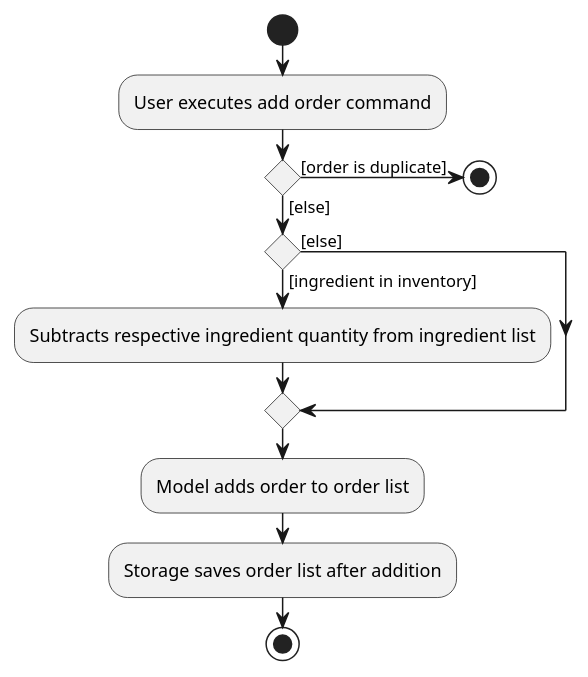
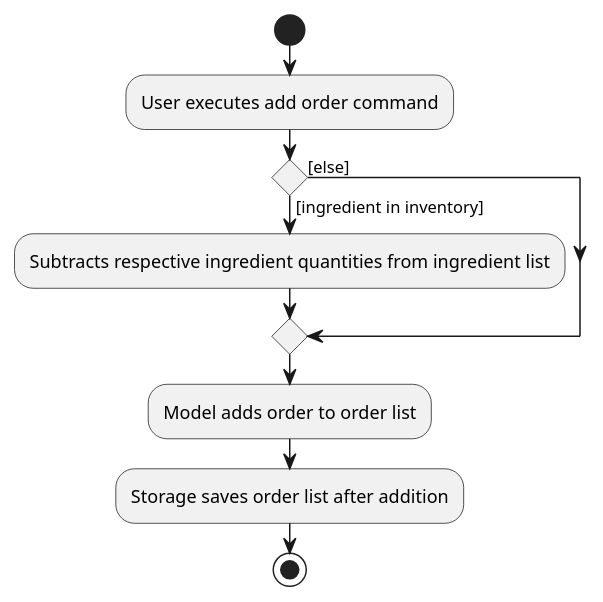
One commit to zognin/tp changed the diagram in docs/diagrams/AddOrderActivityDiagram.puml. Above: the diagram before and after it, drawn with PlantUML. The commit also changed 1 other file, not shown here.

Commit message:
Minor changes to add order DG

```diff
--- a/docs/diagrams/AddOrderActivityDiagram.puml
+++ b/docs/diagrams/AddOrderActivityDiagram.puml
@@ -1,18 +1,14 @@
 @startuml
 start
 :User executes add order command;
 
-if () then ([order is duplicate])
-    stop
+if () then ([ingredient in inventory])
+    :Subtracts respective ingredient quantities from ingredient list;
 else ([else])
-    if () then ([ingredient in inventory])
-        :Subtracts respective ingredient quantity from ingredient list;
-    else ([else])
-    endif
 endif
 
 :Model adds order to order list;
 
 :Storage saves order list after addition;
 stop
 @enduml
```
